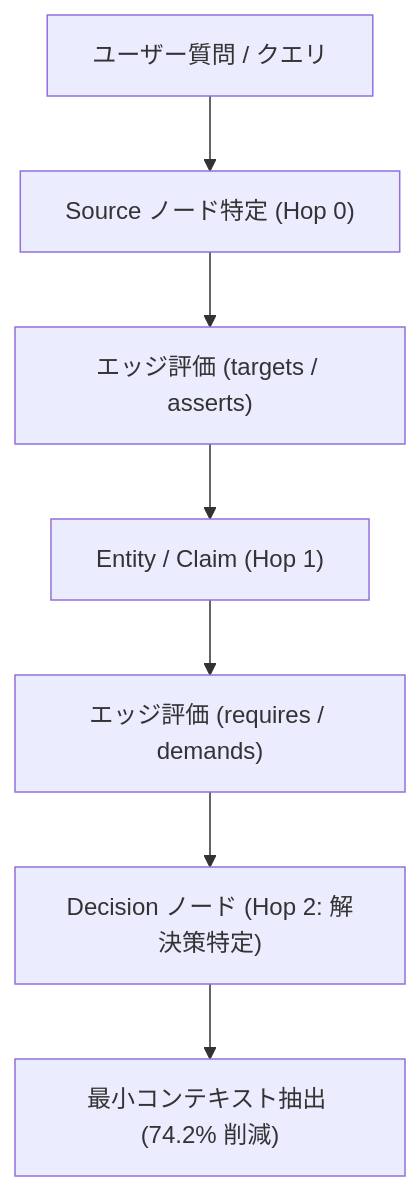
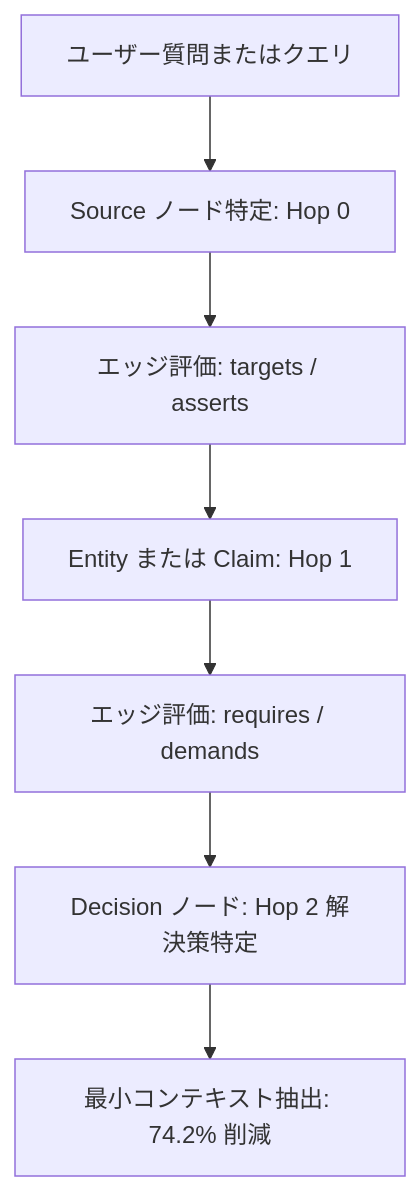
One commit to rokujyouhitoma/arxiv-security-papers changed the fourth of 6 diagrams in docs/designs/DSN-14-graph_engineering_dashboard.md. Above: the diagram before and after it, drawn with Mermaid. The commit also changed other lines of this file, not shown here.

Commit message:
fix(docs): fix Mermaid diagram syntax in DSN-14 for universal renderer compatibility

````diff
--- a/docs/designs/DSN-14-graph_engineering_dashboard.md
+++ b/docs/designs/DSN-14-graph_engineering_dashboard.md
@@ -341,9 +341,9 @@
 ```mermaid
-graph TD
-    Query["ユーザー質問 / クエリ"] --> S_Root["Source ノード特定 (Hop 0)"]
-    S_Root --> Rel_1["エッジ評価 (targets / asserts)"]
-    Rel_1 --> E_Hop1["Entity / Claim (Hop 1)"]
-    E_Hop1 --> Rel_2["エッジ評価 (requires / demands)"]
-    Rel_2 --> D_Hop2["Decision ノード (Hop 2: 解決策特定)"]
-    D_Hop2 --> CompContext["最小コンテキスト抽出 (74.2% 削減)"]
+flowchart TD
+    Query["ユーザー質問またはクエリ"] --> S_Root["Source ノード特定: Hop 0"]
+    S_Root --> Rel_1["エッジ評価: targets / asserts"]
+    Rel_1 --> E_Hop1["Entity または Claim: Hop 1"]
+    E_Hop1 --> Rel_2["エッジ評価: requires / demands"]
+    Rel_2 --> D_Hop2["Decision ノード: Hop 2 解決策特定"]
+    D_Hop2 --> CompContext["最小コンテキスト抽出: 74.2% 削減"]
 ```
````
